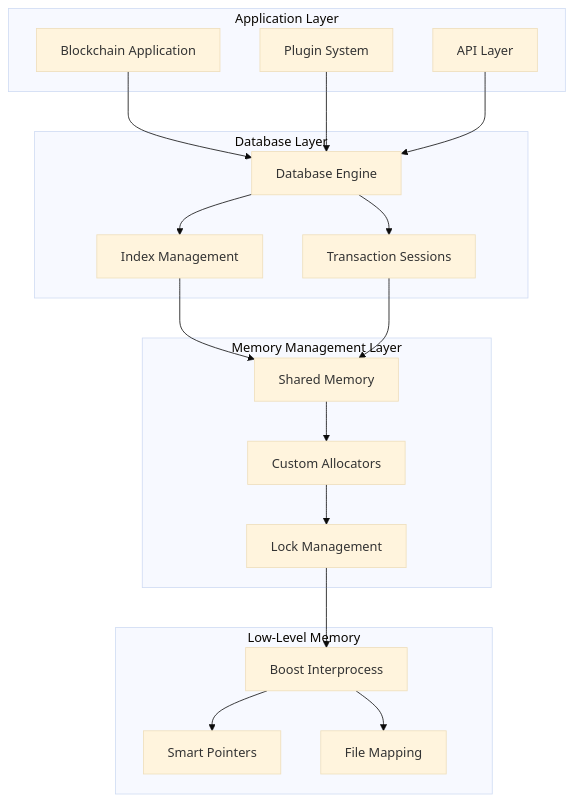
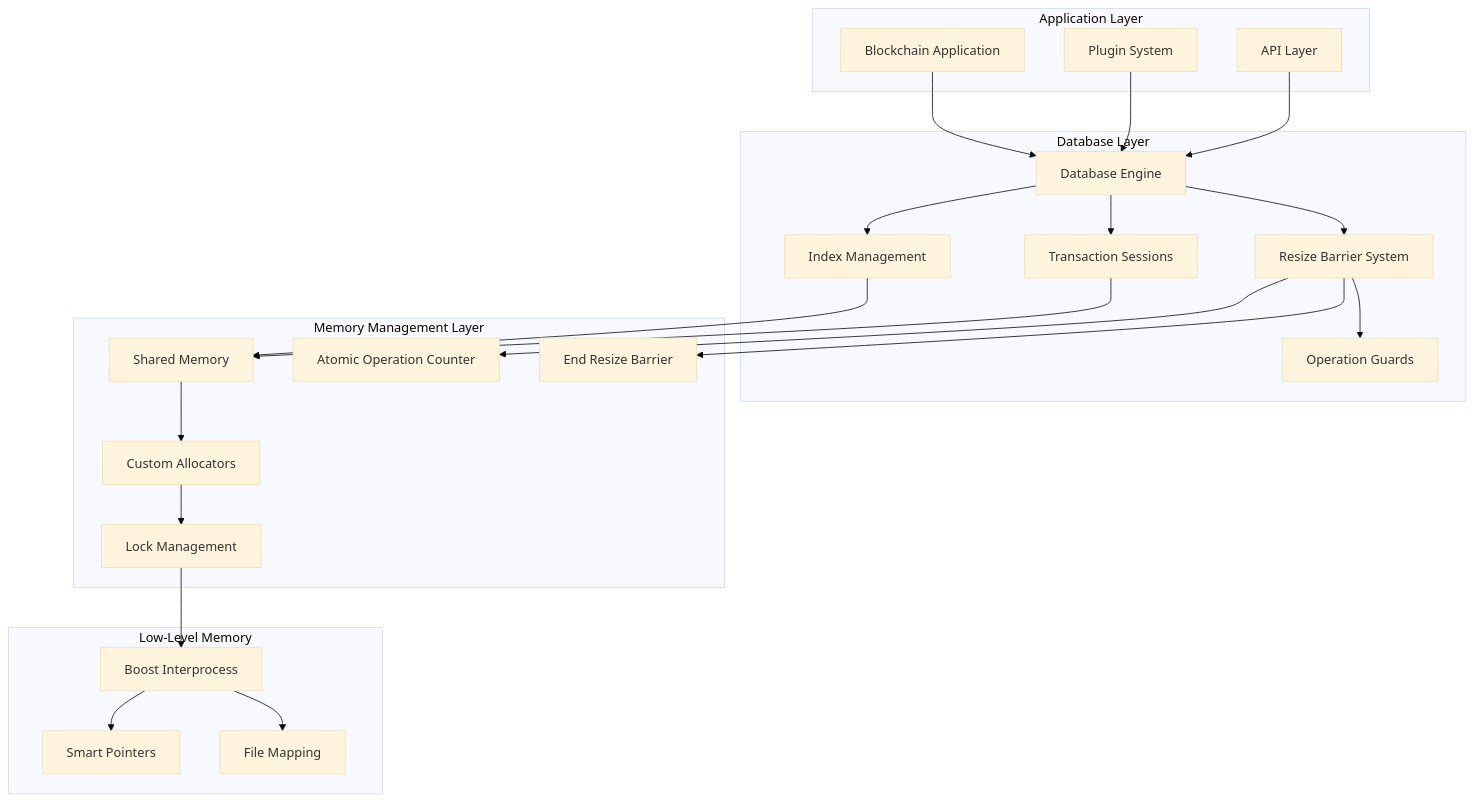
Before and after one commit to VIZ-Blockchain/viz-cpp-node: the first of 11 diagrams in .qoder/repowiki/en/content/Architecture Overview/Core Libraries/Chain Library/Memory Management System.md, drawn with Mermaid (base theme). The commit also changed other lines of this file and 9 other files, not shown here.

````diff
--- a/.qoder/repowiki/en/content/Architecture Overview/Core Libraries/Chain Library/Memory Management System.md
+++ b/.qoder/repowiki/en/content/Architecture Overview/Core Libraries/Chain Library/Memory Management System.md
@@ -48,35 +63,43 @@
 ```mermaid
 graph TB
 subgraph "Application Layer"
 APP[Blockchain Application]
 PLUGINS[Plugin System]
 API[API Layer]
 end
 subgraph "Database Layer"
 DATABASE[Database Engine]
 INDEXES[Index Management]
 SESSIONS[Transaction Sessions]
+RESIZE_BARRIER[Resize Barrier System]
+OPERATION_GUARDS[Operation Guards]
 end
 subgraph "Memory Management Layer"
 SHARED_MEM[Shared Memory]
 ALLOCATORS[Custom Allocators]
 LOCKS[Lock Management]
+ATOMIC_COUNTER[Atomic Operation Counter]
+END_RESIZE_BARRIER[End Resize Barrier]
 end
 subgraph "Low-Level Memory"
 INTERPROCESS[Boost Interprocess]
 SMART_PTR[Smart Pointers]
 FILE_MAPPING[File Mapping]
 end
 APP --> DATABASE
 PLUGINS --> DATABASE
 API --> DATABASE
 DATABASE --> INDEXES
 DATABASE --> SESSIONS
+DATABASE --> RESIZE_BARRIER
+RESIZE_BARRIER --> OPERATION_GUARDS
+RESIZE_BARRIER --> ATOMIC_COUNTER
+RESIZE_BARRIER --> END_RESIZE_BARRIER
 INDEXES --> SHARED_MEM
 SESSIONS --> SHARED_MEM
 SHARED_MEM --> ALLOCATORS
 ALLOCATORS --> LOCKS
 LOCKS --> INTERPROCESS
 INTERPROCESS --> SMART_PTR
 INTERPROCESS --> FILE_MAPPING
 ```
````
